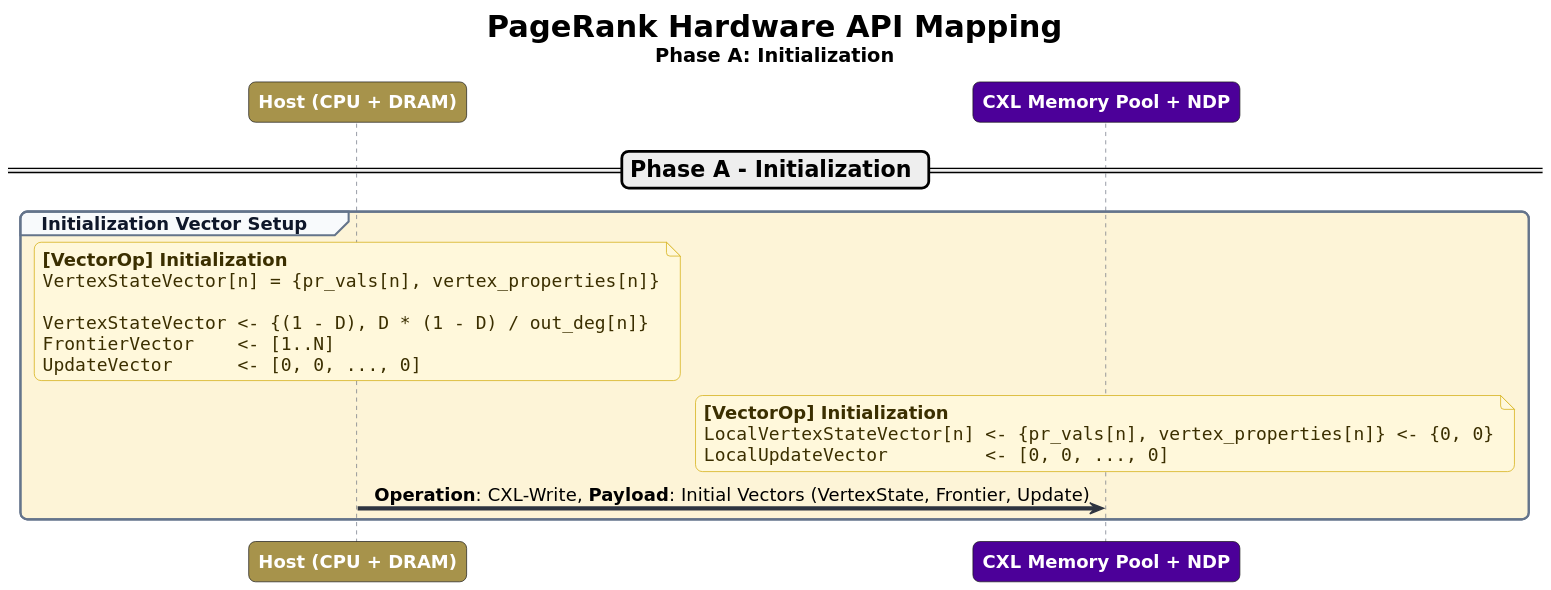
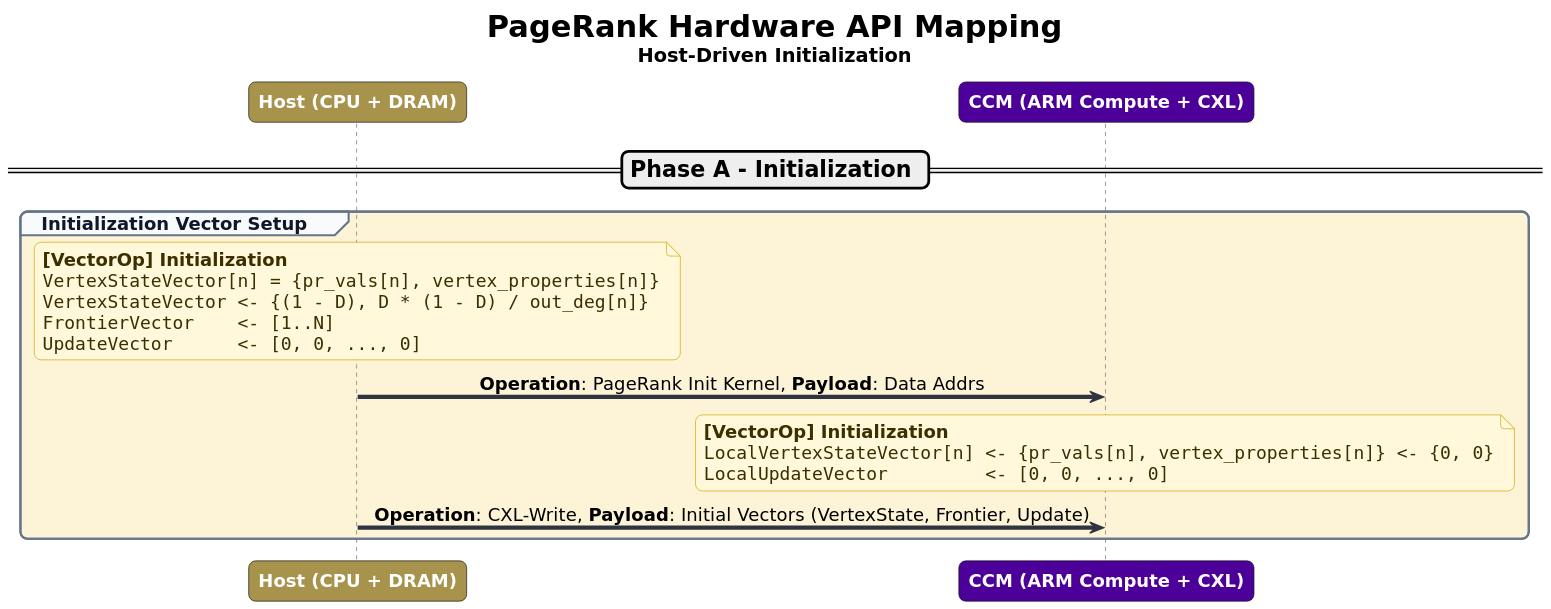
One commit to Kadle11/Grudon changed the diagram in PUML-docs/pagerank_phase_a_init.puml. Above: the diagram before and after it, drawn with PlantUML. The commit also changed 3 other files, not shown here.

Commit message:
Update PageRank API Mapping titles and participant descriptions; add generated PNG files

```diff
--- a/PUML-docs/pagerank_phase_a_init.puml
+++ b/PUML-docs/pagerank_phase_a_init.puml
@@ -1,62 +1,63 @@
 @startuml
 ' PageRank Phase A - Initialization
 
-title <size:22><b>PageRank Hardware API Mapping</b></size>\n<size:14>Phase A: Initialization</size>
+title <size:22><b>PageRank Hardware API Mapping</b></size>\n<size:14>Host-Driven Initialization</size>
 
 skinparam sequenceMessageAlign center
 skinparam responseMessageBelowArrow true
 skinparam shadowing false
 skinparam dpi 160
 skinparam defaultFontName "DejaVu Sans"
 skinparam defaultFontSize 13
 skinparam ArrowThickness 3
 skinparam ArrowColor #2E3440
 skinparam ParticipantPadding 24
 skinparam BoxPadding 10
 skinparam RoundCorner 10
 
 skinparam sequence {
   LifeLineBorderColor #6B7280
   LifeLineBackgroundColor #F8FAFC
   GroupBorderColor #64748B
   GroupBackgroundColor #F8FAFC
   GroupHeaderFontColor #0F172A
   GroupHeaderBackgroundColor #E2E8F0
   MessageAlign center
 }
 
 skinparam note {
   BackgroundColor #FFF8DB
   BorderColor #D1A800
   FontColor #3B2F00
 }
 
 participant "**<color:white>Host (CPU + DRAM)</color>**" as H #A7934B
-participant "**<color:white>CXL Memory Pool + NDP</color>**" as N #4C0099
+participant "**<color:white>CCM (ARM Compute + CXL)</color>**" as N #4C0099
 
 == <size:16><b>Phase A - Initialization</b></size> ==
 group #FDF4D7 Initialization Vector Setup
 
 note over H
   <b>[VectorOp] Initialization</b>
   <code>
   VertexStateVector[n] = {pr_vals[n], vertex_properties[n]}
-
   VertexStateVector <- {(1 - D), D * (1 - D) / out_deg[n]}
   FrontierVector    <- [1..N]
   UpdateVector      <- [0, 0, ..., 0]
   </code>
 end note
+
+H -> N : **Operation**: PageRank Init Kernel, **Payload**: Data Addrs
 
 note over N
   <b>[VectorOp] Initialization</b>
   <code>
   LocalVertexStateVector[n] <- {pr_vals[n], vertex_properties[n]} <- {0, 0}
   LocalUpdateVector         <- [0, 0, ..., 0]
   </code>
 end note
 
 H -> N : **Operation**: CXL-Write, **Payload**: Initial Vectors (VertexState, Frontier, Update)
 end
 
 @enduml
```
